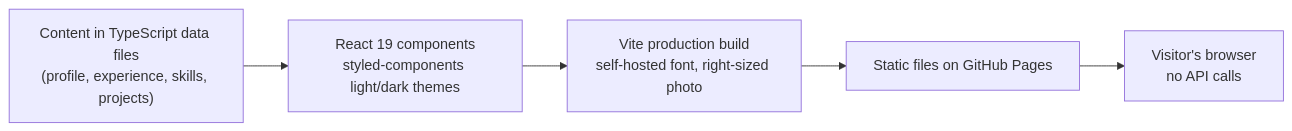
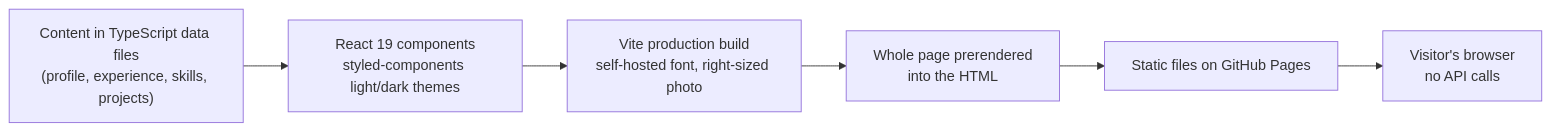
One commit to SzymonRojek/homepage changed the first of 4 diagrams in README.md. Above: the diagram before and after it, drawn with Mermaid. The commit also changed other lines of this file and 3 other files, not shown here.

````diff
--- a/README.md
+++ b/README.md
@@ -57,9 +57,10 @@
 ```mermaid
 flowchart LR
   data["Content in TypeScript data files<br/>(profile, experience, skills, projects)"]
   react["React 19 components<br/>styled-components light/dark themes"]
   build["Vite production build<br/>self-hosted font, right-sized photo"]
+  prerender["Whole page prerendered<br/>into the HTML"]
   pages["Static files on GitHub Pages"]
   browser["Visitor's browser<br/>no API calls"]
-  data --> react --> build --> pages --> browser
+  data --> react --> build --> prerender --> pages --> browser
 ```
````
